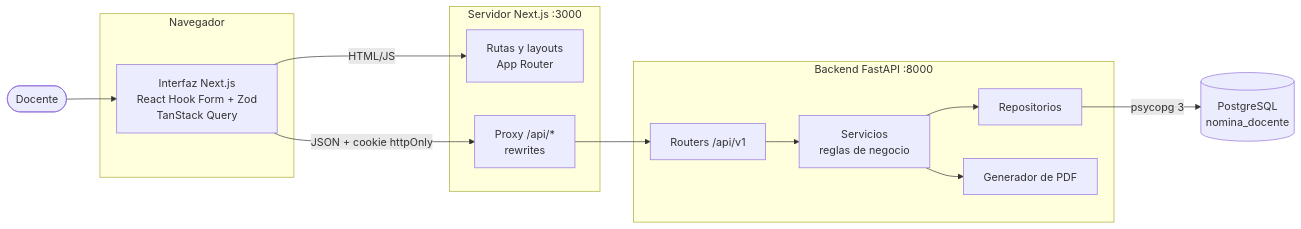
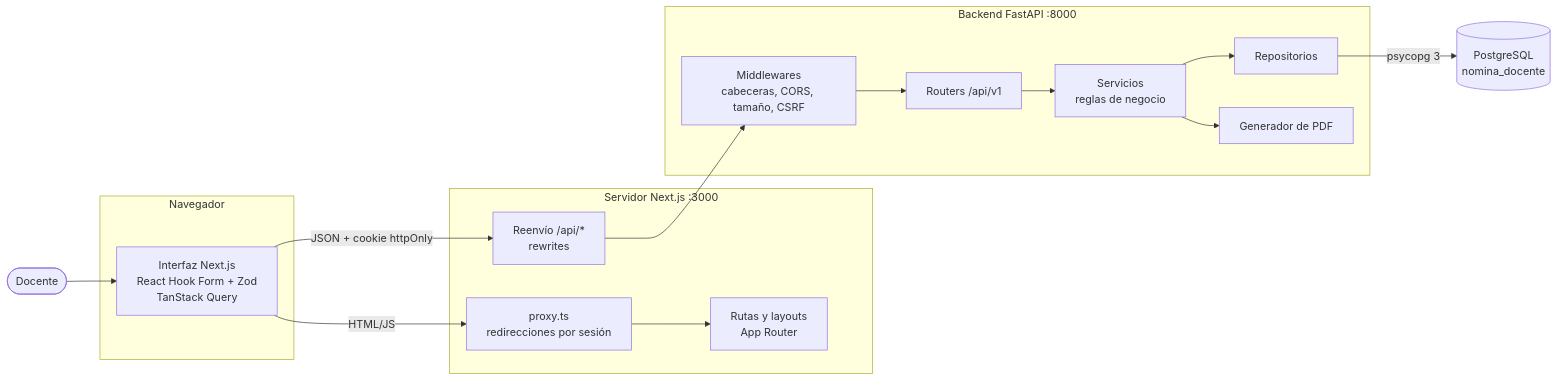
Before and after one commit to Joryox/nomina-docente: the first of 7 diagrams in docs/arquitectura.md, drawn with Mermaid. The commit also changed other lines of this file and 5 other files, not shown here.

````diff
--- a/docs/arquitectura.md
+++ b/docs/arquitectura.md
@@ -19,31 +19,35 @@
 ```mermaid
 flowchart LR
     user([Docente])
 
     subgraph browser[Navegador]
         ui[Interfaz Next.js<br/>React Hook Form + Zod<br/>TanStack Query]
     end
 
     subgraph next[Servidor Next.js :3000]
+        guard[proxy.ts<br/>redirecciones por sesión]
         pages[Rutas y layouts<br/>App Router]
-        proxy[Proxy /api/*<br/>rewrites]
+        proxy[Reenvío /api/*<br/>rewrites]
     end
 
     subgraph api[Backend FastAPI :8000]
+        mw[Middlewares<br/>cabeceras, CORS, tamaño, CSRF]
         routers[Routers /api/v1]
         services[Servicios<br/>reglas de negocio]
         repos[Repositorios]
         pdf[Generador de PDF]
     end
 
     db[(PostgreSQL<br/>nomina_docente)]
 
     user --> ui
-    ui -->|HTML/JS| pages
+    ui -->|HTML/JS| guard
+    guard --> pages
     ui -->|JSON + cookie httpOnly| proxy
-    proxy --> routers
+    proxy --> mw
+    mw --> routers
     routers --> services
     services --> repos
     services --> pdf
     repos -->|psycopg 3| db
 ```
````
